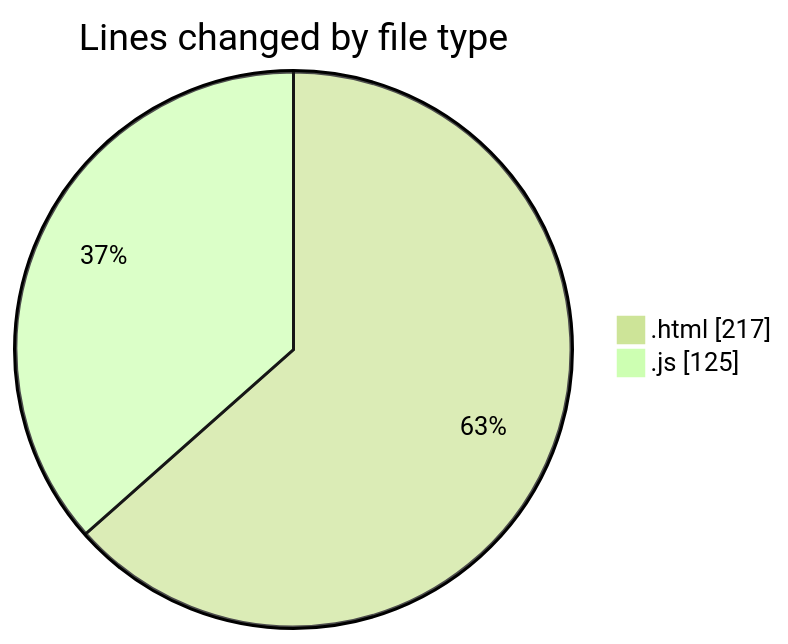
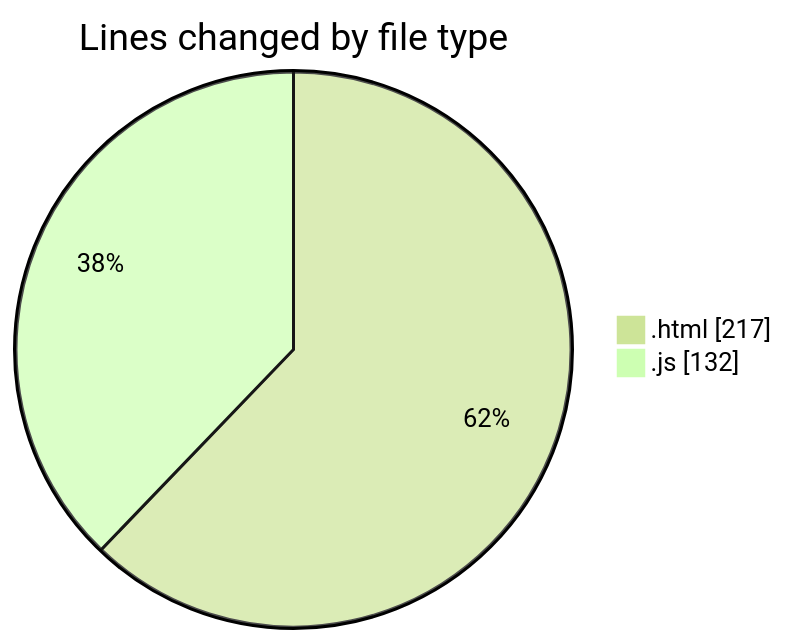
The first of 2 diagrams in 2025-10-25/javacript/README.md (nxtqubesakshisongat/code-tracking), drawn with Mermaid (forest theme) before and after one commit. The commit also changed other lines of this file and 1 other file, not shown here.

````diff
--- a/2025-10-25/javacript/README.md
+++ b/2025-10-25/javacript/README.md
@@ -22,6 +23,6 @@
 ```mermaid
 pie showData
 title Lines changed by file type
 ".html" : 217
-".js" : 125
+".js" : 132
 ```
````
